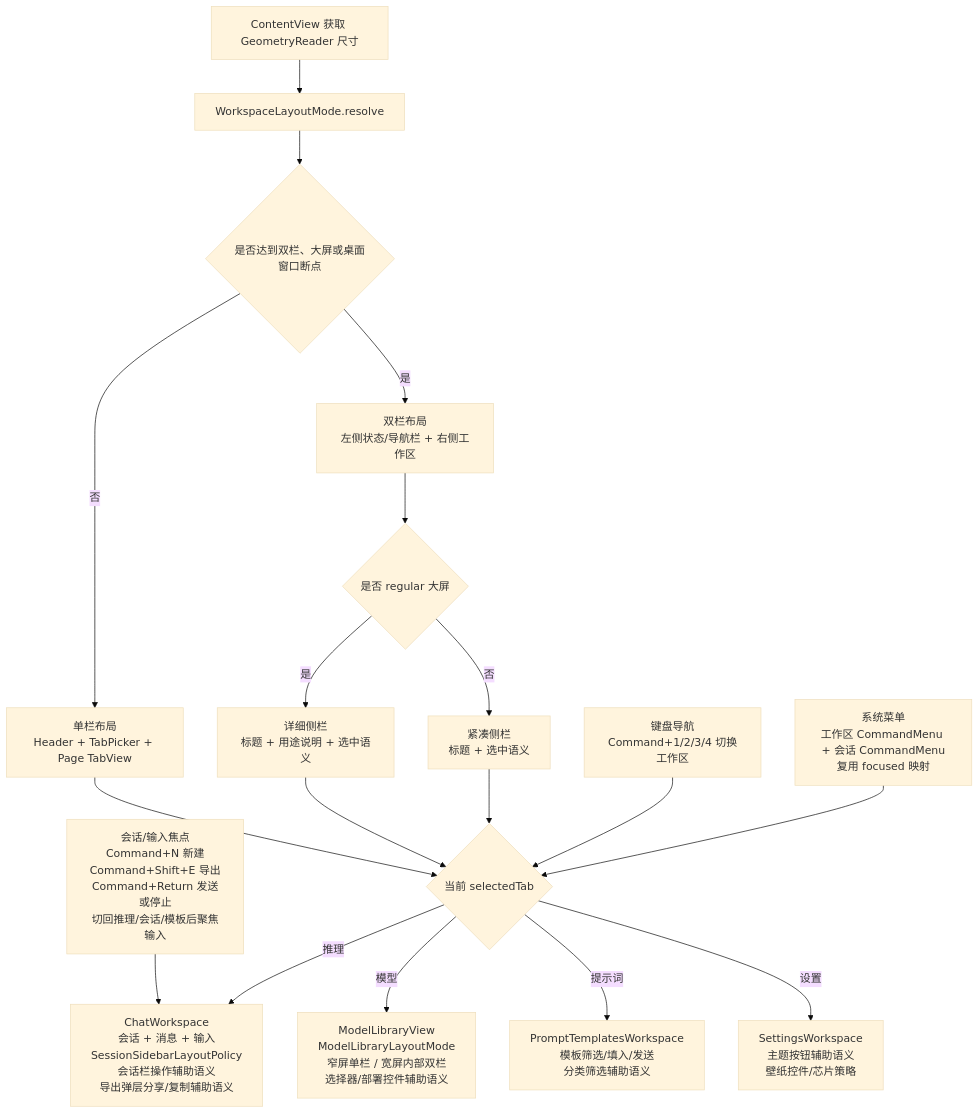
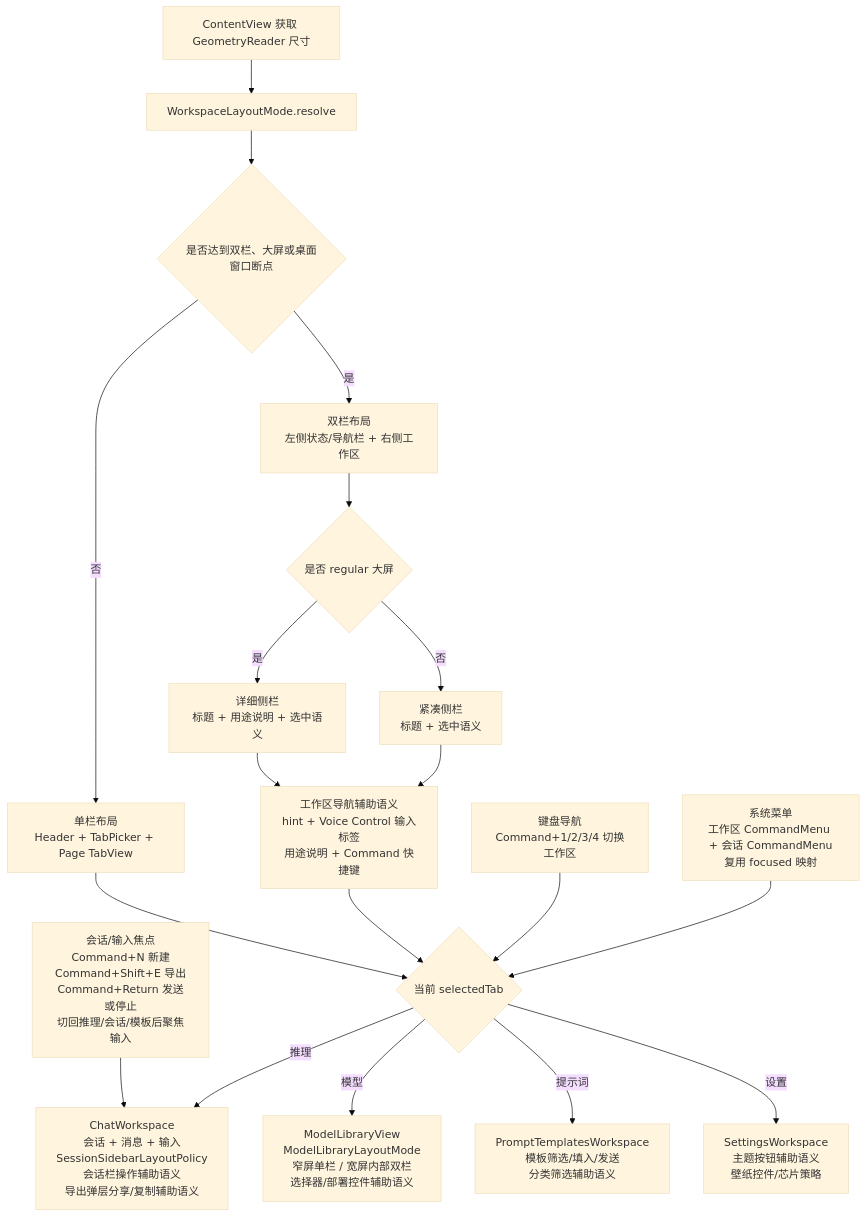
One commit to Altman-sam114/113 changed the fourth of 9 diagrams in md/flow/flowchart.md. Above: the diagram before and after it, drawn with Mermaid (base theme). The commit also changed other lines of this file and 8 other files, not shown here.

````diff
--- a/md/flow/flowchart.md
+++ b/md/flow/flowchart.md
@@ -68,20 +68,21 @@
 ```mermaid
 flowchart TD
     A[ContentView 获取 GeometryReader 尺寸] --> B[WorkspaceLayoutMode.resolve]
     B --> C{是否达到双栏、大屏或桌面窗口断点}
     C -- 否 --> D[单栏布局<br/>Header + TabPicker + Page TabView]
     C -- 是 --> E[双栏布局<br/>左侧状态/导航栏 + 右侧工作区]
     E --> N{是否 regular 大屏}
     N -- 是 --> O[详细侧栏<br/>标题 + 用途说明 + 选中语义]
     N -- 否 --> P[紧凑侧栏<br/>标题 + 选中语义]
     D --> F{当前 selectedTab}
-    O --> F
-    P --> F
+    O --> X[工作区导航辅助语义<br/>hint + Voice Control 输入标签<br/>用途说明 + Command 快捷键]
+    P --> X
+    X --> F
     K[键盘导航<br/>Command+1/2/3/4 切换工作区] --> F
     M[系统菜单<br/>工作区 CommandMenu + 会话 CommandMenu<br/>复用 focused 映射] --> F
     L[会话/输入焦点<br/>Command+N 新建<br/>Command+Shift+E 导出<br/>Command+Return 发送或停止<br/>切回推理/会话/模板后聚焦输入] --> G
     F -- 推理 --> G[ChatWorkspace<br/>会话 + 消息 + 输入<br/>SessionSidebarLayoutPolicy<br/>会话栏操作辅助语义<br/>导出弹层分享/复制辅助语义]
     F -- 模型 --> H[ModelLibraryView<br/>ModelLibraryLayoutMode<br/>窄屏单栏 / 宽屏内部双栏<br/>选择器/部署控件辅助语义]
     F -- 提示词 --> I[PromptTemplatesWorkspace<br/>模板筛选/填入/发送<br/>分类筛选辅助语义]
     F -- 设置 --> J[SettingsWorkspace<br/>主题按钮辅助语义<br/>壁纸控件/芯片策略]
 ```
````
